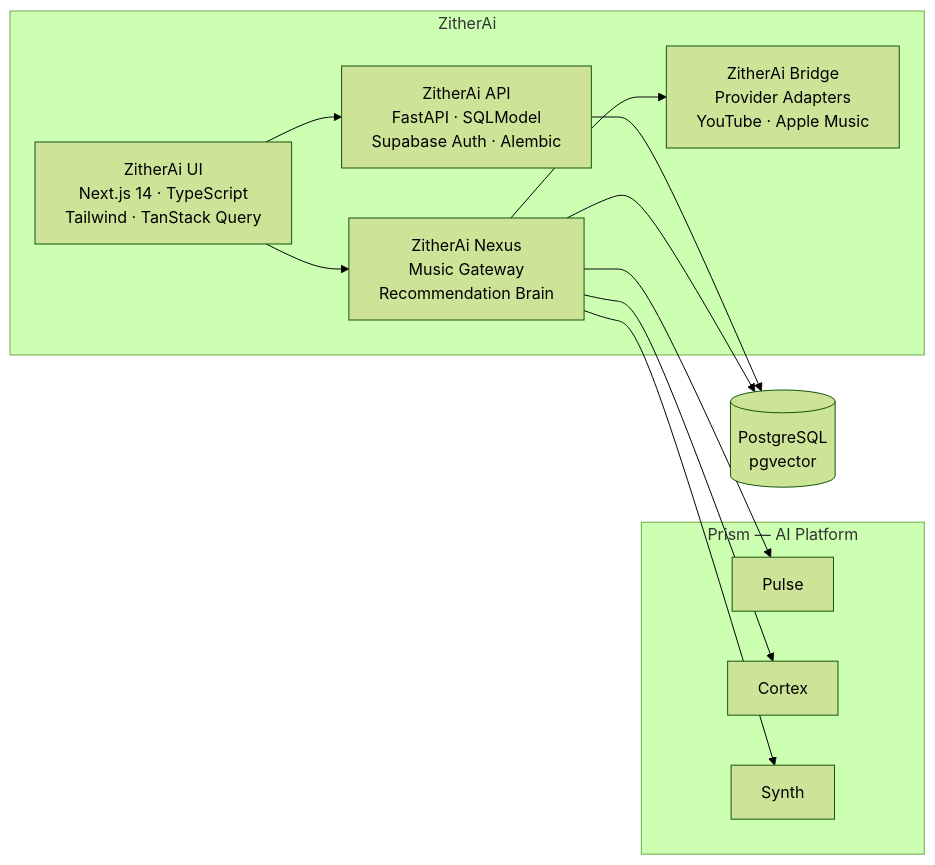
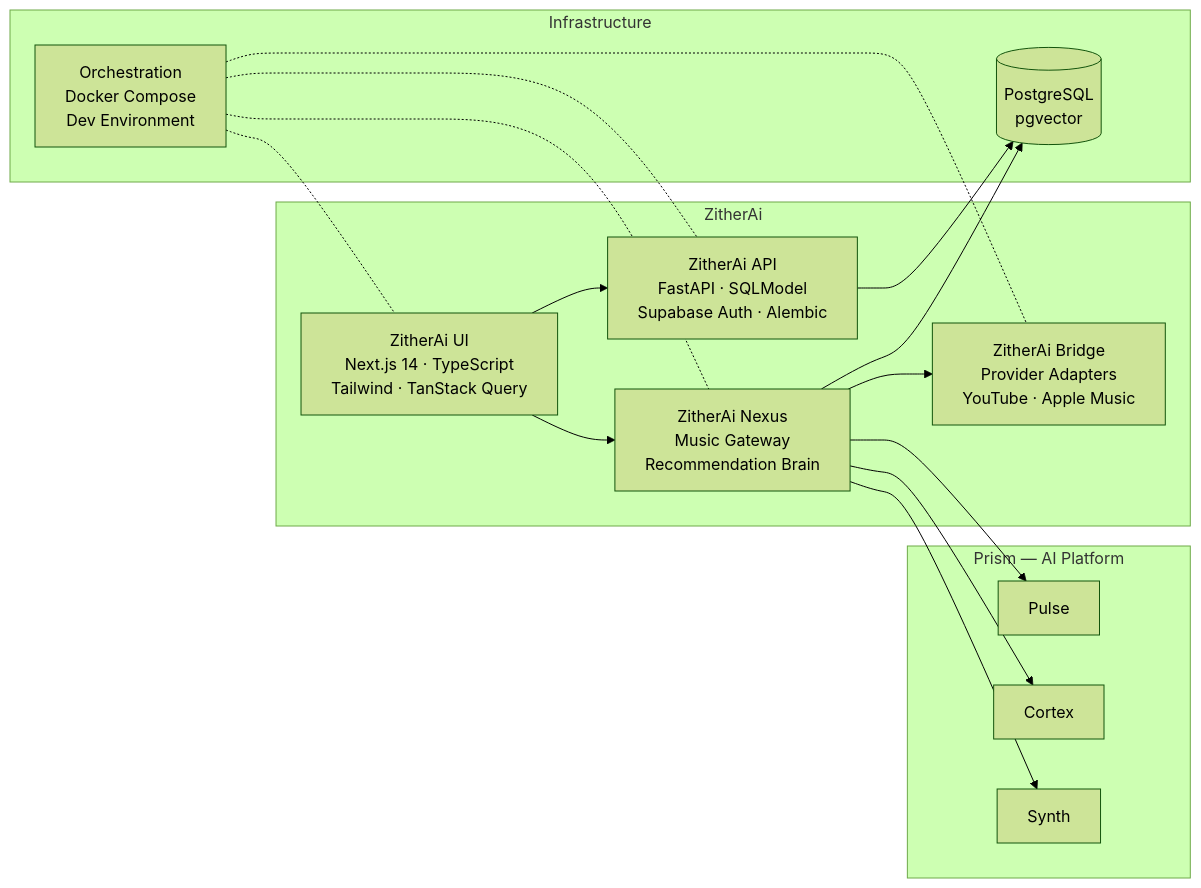
Before and after one commit to vsinghal3737/vsinghal3737: the third of 3 diagrams in README.md, drawn with Mermaid (forest theme).

Commit message:
docs: fix ZitherAi diagram to match Axiom structure with Infra subgraph

````diff
--- a/README.md
+++ b/README.md
@@ -74,22 +74,28 @@
 ```mermaid
 flowchart LR
     subgraph ZitherAi
         ZUI["ZitherAi UI<br/>Next.js 14 · TypeScript<br/>Tailwind · TanStack Query"]
         ZAPI["ZitherAi API<br/>FastAPI · SQLModel<br/>Supabase Auth · Alembic"]
         ZNexus["ZitherAi Nexus<br/>Music Gateway<br/>Recommendation Brain"]
         ZBridge["ZitherAi Bridge<br/>Provider Adapters<br/>YouTube · Apple Music"]
     end
 
     subgraph Prism["Prism — AI Platform"]
         Pulse["Pulse"]
         Cortex["Cortex"]
         Synth["Synth"]
     end
 
+    subgraph Infra["Infrastructure"]
+        ZOrch["Orchestration<br/>Docker Compose<br/>Dev Environment"]
+        PG[(PostgreSQL<br/>pgvector)]
+    end
+
     ZUI --> ZAPI
     ZUI --> ZNexus
     ZNexus --> Pulse & Cortex & Synth
     ZNexus --> ZBridge
-    ZAPI --> PG[(PostgreSQL<br/>pgvector)]
+    ZAPI --> PG
     ZNexus --> PG
+    ZOrch -.- ZUI & ZAPI & ZNexus & ZBridge
 ```
````
